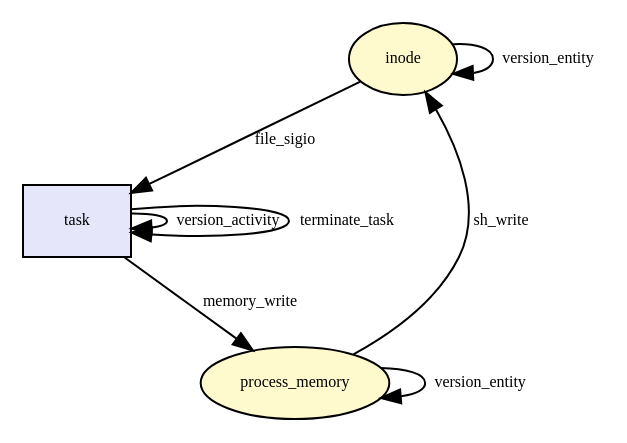
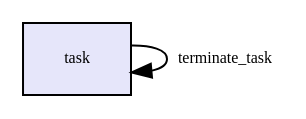
One commit to CamFlow/camflow-dev changed the diagram in docs/dot/__x64_sys_timer_settime.dot. Above: the diagram before and after it, drawn with Graphviz. The commit also changed 90 other files, not shown here.

```diff
--- a/docs/dot/__x64_sys_timer_settime.dot
+++ b/docs/dot/__x64_sys_timer_settime.dot
@@ -1,21 +1,5 @@
-digraph RGL__DirectedAdjacencyGraph {inode[fontsize = 8,label = inode,shape = ellipse, fillcolor="#fffacd", style = filled]
-
-task[fontsize = 8,label = task,shape = rectangle, fillcolor="#e6e6fa", style = filled]
-
-inode -> task[fontsize = 8,label = file_sigio]
-
-process_memory[fontsize = 8,label = process_memory,shape = ellipse, fillcolor="#fffacd", style = filled]
-
-task -> process_memory[fontsize = 8,label = memory_write]
-
-task -> task[fontsize = 8,label = version_activity]
-
-process_memory -> process_memory[fontsize = 8,label = version_entity]
-
-process_memory -> inode[fontsize = 8,label = sh_write]
-
-inode -> inode[fontsize = 8,label = version_entity]
+digraph RGL__DirectedAdjacencyGraph {task[fontsize = 8,label = task,shape = rectangle, fillcolor="#e6e6fa", style = filled]
 
 task -> task[fontsize = 8,label = terminate_task]
 
 }
```
